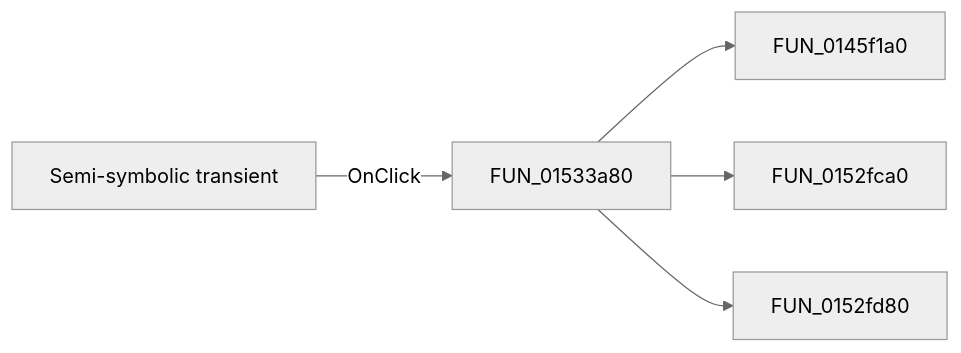
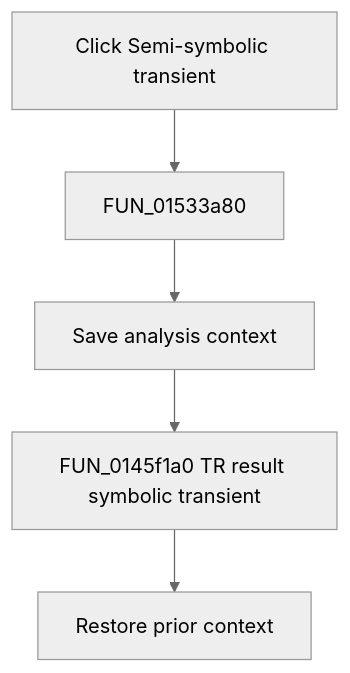
The diagram in docs/ui-controls/netlisteditor/misemisymbolictransient-03a217ed27.md (MovGP0/TIARA), drawn with Mermaid (neutral theme) before and after one commit. The commit also changed other lines of this file and 1062 other files, not shown here.

````diff
--- a/docs/ui-controls/netlisteditor/misemisymbolictransient-03a217ed27.md
+++ b/docs/ui-controls/netlisteditor/misemisymbolictransient-03a217ed27.md
@@ -27,7 +29,7 @@
 ```mermaid
-flowchart LR
-    control["Semi-symbolic transient"] -->|OnClick| handler["FUN_01533a80"]
-    handler --> call1["FUN_0145f1a0"]
-    handler --> call2["FUN_0152fca0"]
-    handler --> call3["FUN_0152fd80"]
+flowchart TD
+    control["Click Semi-symbolic transient"] --> handler["FUN_01533a80"]
+    handler --> prepare["Save analysis context"]
+    prepare --> action["FUN_0145f1a0 TR result symbolic transient"]
+    action --> restore["Restore prior context"]
 ```
````
